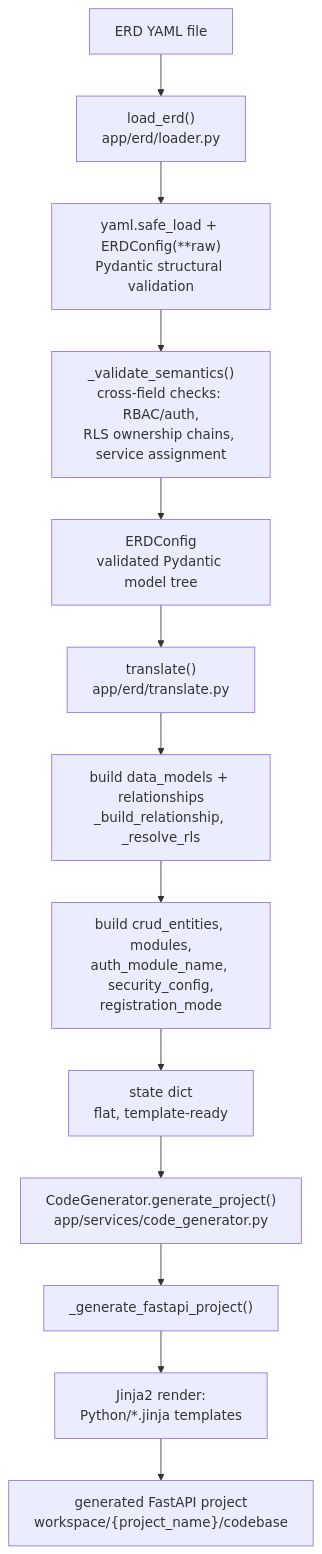
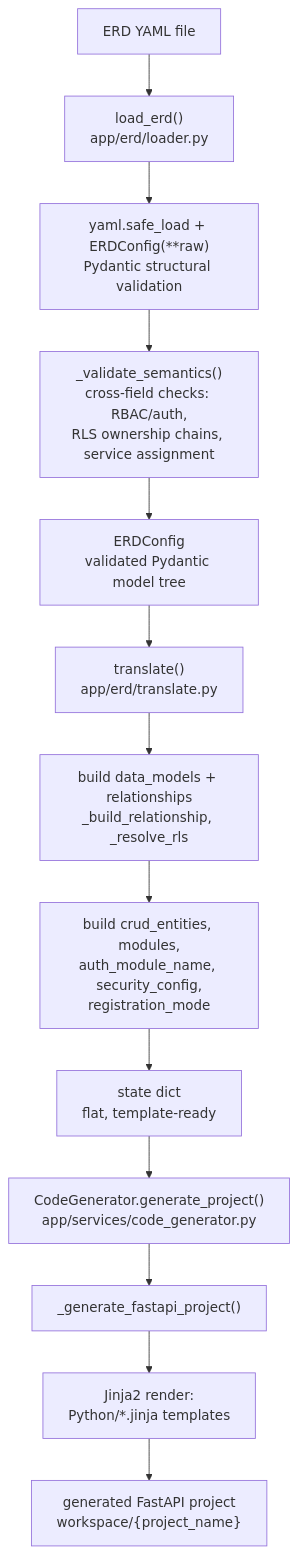
The diagram in docs-site/architecture/pipeline.md (BaselMorsy/backstudio), drawn with Mermaid before and after one commit. The commit also changed other lines of this file and 7 other files, not shown here.

First line of the commit message:
Flatten generated output to workspace/{project}/ (drop the codebase/ subdirectory), remove 2 dead methods

````diff
--- a/docs-site/architecture/pipeline.md
+++ b/docs-site/architecture/pipeline.md
@@ -9,15 +9,15 @@
 ```mermaid
 flowchart TD
     A["ERD YAML file"] --> B["load_erd()<br/>app/erd/loader.py"]
     B --> B1["yaml.safe_load + ERDConfig(**raw)<br/>Pydantic structural validation"]
     B1 --> B2["_validate_semantics()<br/>cross-field checks: RBAC/auth,<br/>RLS ownership chains, service assignment"]
     B2 --> C["ERDConfig<br/>validated Pydantic model tree"]
     C --> D["translate()<br/>app/erd/translate.py"]
     D --> D1["build data_models + relationships<br/>_build_relationship, _resolve_rls"]
     D1 --> D2["build crud_entities, modules,<br/>auth_module_name, security_config,<br/>registration_mode"]
     D2 --> E["state dict<br/>flat, template-ready"]
     E --> F["CodeGenerator.generate_project()<br/>app/services/code_generator.py"]
     F --> F1["_generate_fastapi_project()"]
     F1 --> F2["Jinja2 render:<br/>Python/*.jinja templates"]
-    F2 --> G["generated FastAPI project<br/>workspace/{project_name}/codebase"]
+    F2 --> G["generated FastAPI project<br/>workspace/{project_name}"]
 ```
````
